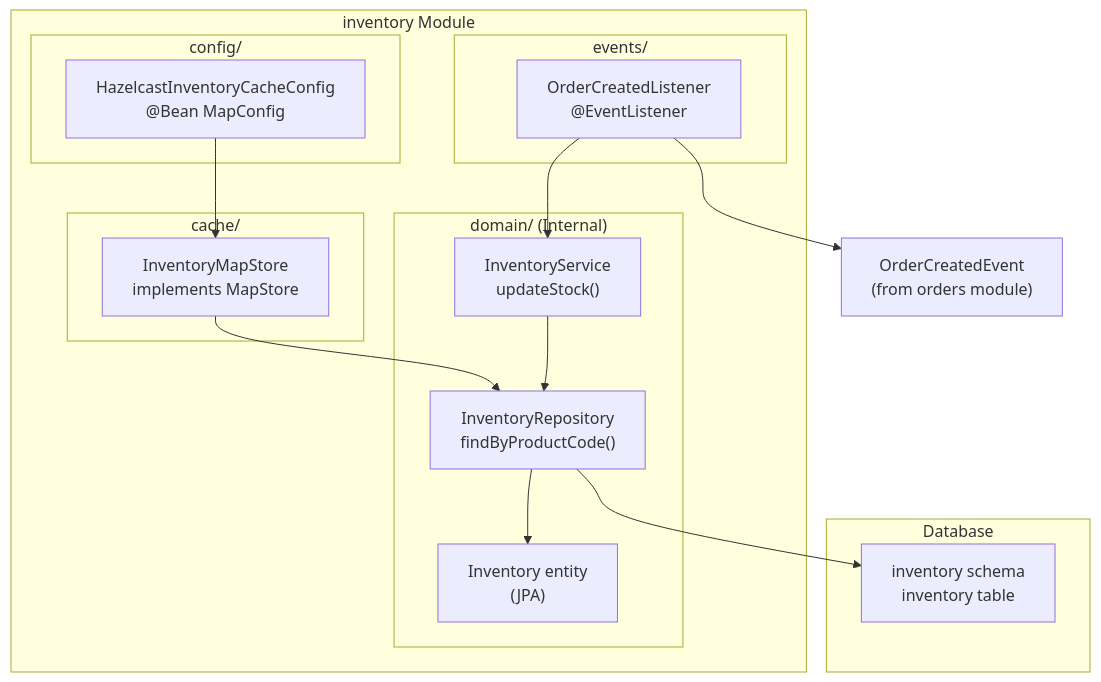
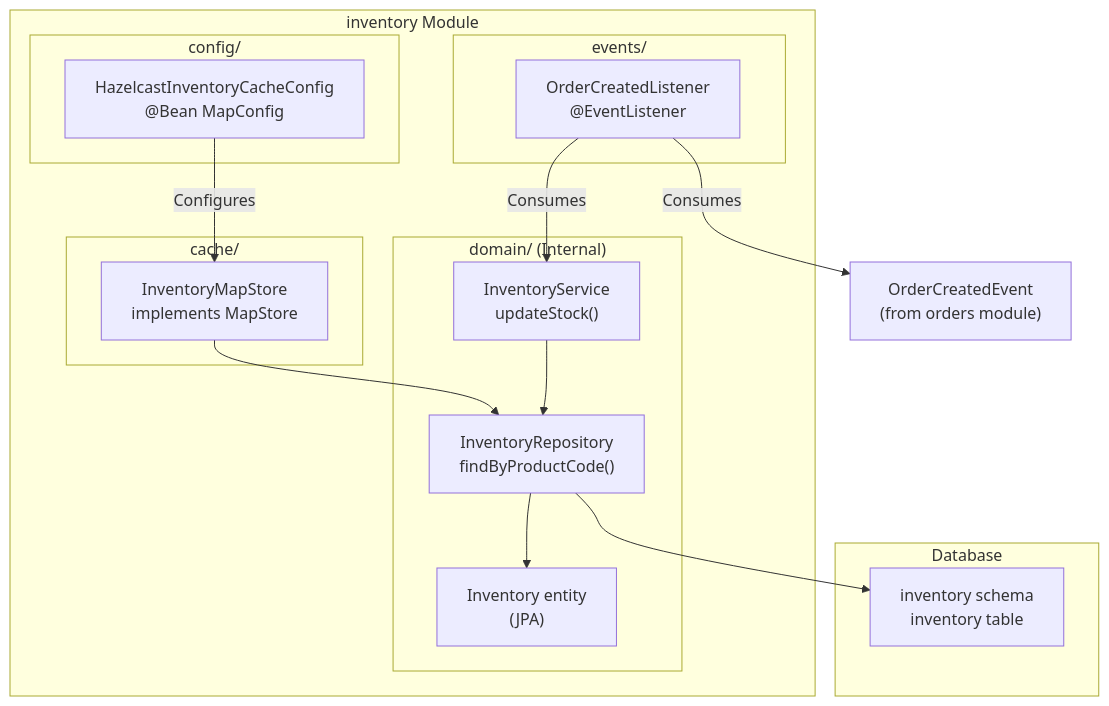
The seventh of 12 diagrams in docs/deepwiki/Module-Structure-and-Boundaries.md (philipz/spring-modular-monolith), drawn with Mermaid before and after one commit. The commit also changed other lines of this file and 55 other files, not shown here.

````diff
--- a/docs/deepwiki/Module-Structure-and-Boundaries.md
+++ b/docs/deepwiki/Module-Structure-and-Boundaries.md
@@ -533,45 +533,45 @@
 ```mermaid
 flowchart TD
 
 InventoryService["InventoryService<br>updateStock()"]
 InventoryRepo["InventoryRepository<br>findByProductCode()"]
 InventoryEntity["Inventory entity<br>(JPA)"]
 OrderCreatedListener["OrderCreatedListener<br>@EventListener"]
 InventoryMapStore["InventoryMapStore<br>implements MapStore"]
 HZInventoryCacheConfig["HazelcastInventoryCacheConfig<br>@Bean MapConfig"]
 OrderCreatedEvent["OrderCreatedEvent<br>(from orders module)"]
 InventorySchema["inventory schema<br>inventory table"]
 
-OrderCreatedListener --> OrderCreatedEvent
+OrderCreatedListener -->|"Consumes"| OrderCreatedEvent
 InventoryRepo --> InventorySchema
 
 subgraph Database ["Database"]
     InventorySchema
 end
 
 subgraph subGraph4 ["inventory Module"]
-    OrderCreatedListener --> InventoryService
+    OrderCreatedListener -->|"Consumes"| InventoryService
     InventoryMapStore --> InventoryRepo
-    HZInventoryCacheConfig --> InventoryMapStore
+    HZInventoryCacheConfig -->|"Configures"| InventoryMapStore
 
 subgraph config/ ["config/"]
     HZInventoryCacheConfig
 end
 
 subgraph cache/ ["cache/"]
     InventoryMapStore
 end
 
 subgraph events/ ["events/"]
     OrderCreatedListener
 end
 
 subgraph subGraph0 ["domain/ (Internal)"]
     InventoryService
     InventoryRepo
     InventoryEntity
     InventoryService --> InventoryRepo
     InventoryRepo --> InventoryEntity
 end
 end
 ```
````
